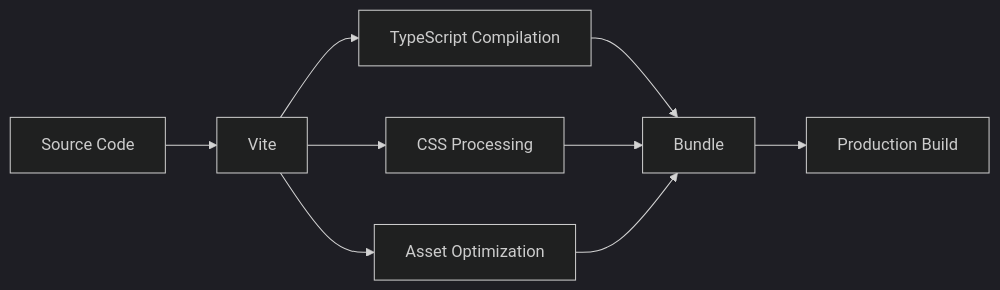
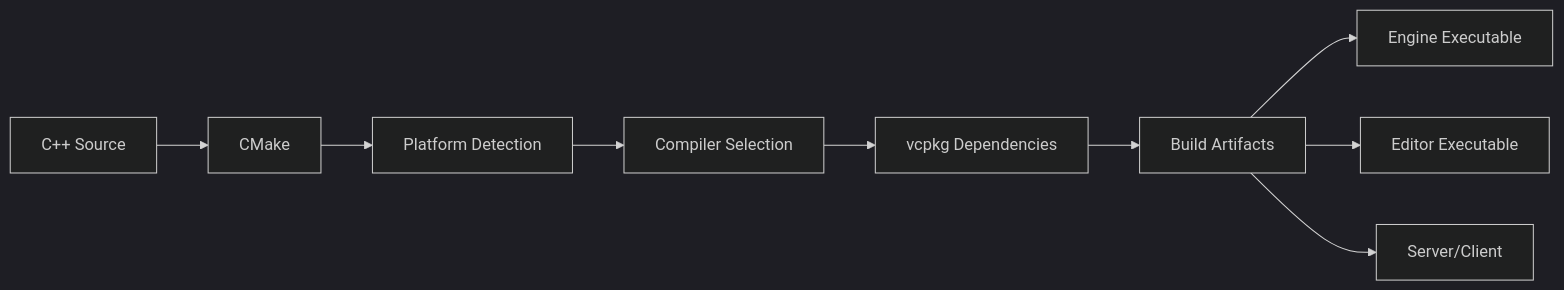
One commit to NexoEngine/nexo-website changed the fifth of 5 diagrams in docs/guide/architecture.md. Above: the diagram before and after it, drawn with Mermaid (dark theme). The commit also changed other lines of this file and 5 other files, not shown here.

````diff
--- a/docs/guide/architecture.md
+++ b/docs/guide/architecture.md
@@ -203,11 +202,11 @@
 ```mermaid
 graph LR
-    A[Source Code] --> B[Vite]
-    B --> C[TypeScript Compilation]
-    B --> D[CSS Processing]
-    B --> E[Asset Optimization]
-    C --> F[Bundle]
-    D --> F
-    E --> F
-    F --> G[Production Build]
+    A[C++ Source] --> B[CMake]
+    B --> C[Platform Detection]
+    C --> D[Compiler Selection]
+    D --> E[vcpkg Dependencies]
+    E --> F[Build Artifacts]
+    F --> G[Engine Executable]
+    F --> H[Editor Executable]
+    F --> I[Server/Client]
 ```
````
